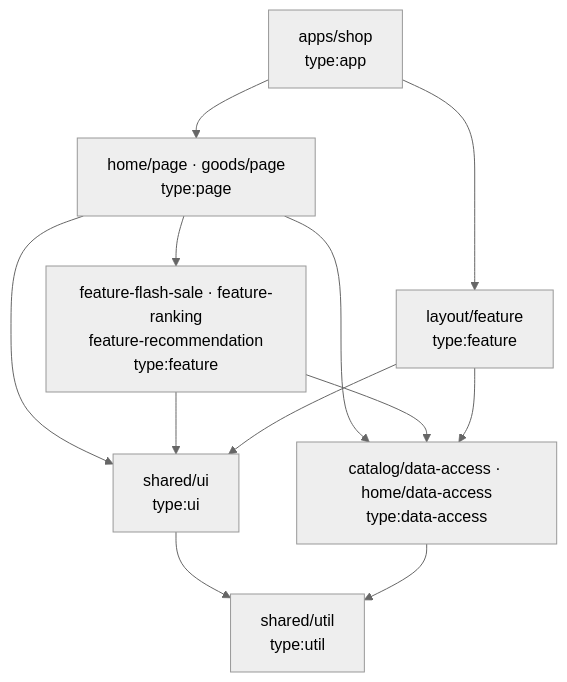
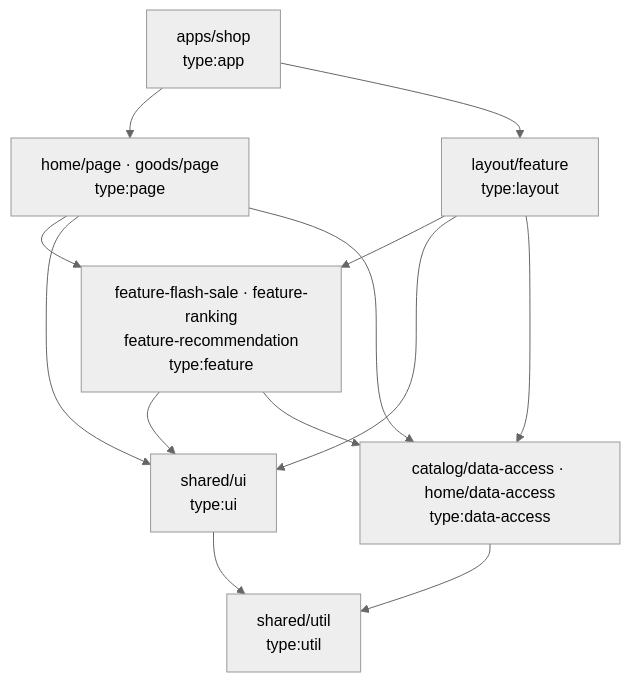
Before and after one commit to zach0627/momo-shop-work: the diagram in docs/architecture.md, drawn with Mermaid (neutral theme). The commit also changed other lines of this file and 9 other files, not shown here.

````diff
--- a/docs/architecture.md
+++ b/docs/architecture.md
@@ -30,14 +30,15 @@
 ```mermaid
 graph TD
   APP["apps/shop<br/>type:app"] --> PAGE["home/page · goods/page<br/>type:page"]
-  APP --> LAYOUT["layout/feature<br/>type:feature"]
+  APP --> LAYOUT["layout/feature<br/>type:layout"]
   PAGE --> FEAT["feature-flash-sale · feature-ranking<br/>feature-recommendation<br/>type:feature"]
   PAGE --> UI
   PAGE --> DA
   FEAT --> UI["shared/ui<br/>type:ui"]
   FEAT --> DA["catalog/data-access · home/data-access<br/>type:data-access"]
+  LAYOUT --> FEAT
   LAYOUT --> UI
   LAYOUT --> DA
   UI --> UTIL["shared/util<br/>type:util"]
   DA --> UTIL
 ```
````
